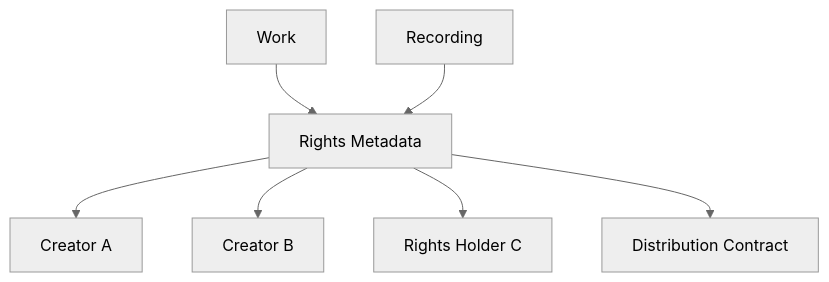
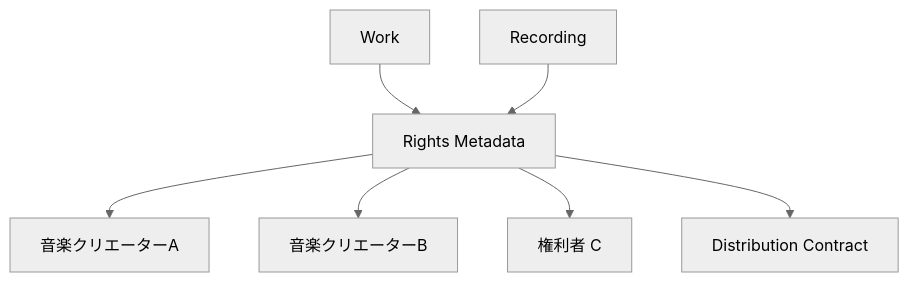
One commit to ShigeichiroYamasaki/creator-first-platform changed the fifth of 43 diagrams in docs/whitepaper/09-technology.md. Above: the diagram before and after it, drawn with Mermaid (neutral theme). The commit also changed other lines of this file and 67 other files, not shown here.

````diff
--- a/docs/whitepaper/09-technology.md
+++ b/docs/whitepaper/09-technology.md
@@ -202,15 +202,15 @@
 ```mermaid
 flowchart TD
     WORK[Work]
     RECORDING[Recording]
     RIGHTS[Rights Metadata]
 
     WORK --> RIGHTS
     RECORDING --> RIGHTS
 
-    RIGHTS --> A[Creator A]
-    RIGHTS --> B[Creator B]
-    RIGHTS --> C[Rights Holder C]
+    RIGHTS --> A[音楽クリエーターA]
+    RIGHTS --> B[音楽クリエーターB]
+    RIGHTS --> C[権利者 C]
 
     RIGHTS --> CONTRACT[Distribution Contract]
 ```
````
